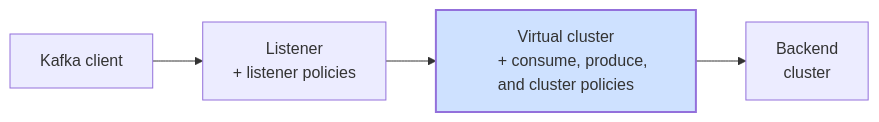
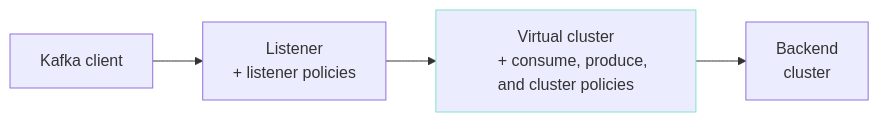
Before and after one commit to Kong/developer.konghq.com: the diagram in app/event-gateway/entities/virtual-clusters.md, drawn with Mermaid.

```diff
--- a/app/event-gateway/entities/virtual-clusters.md
+++ b/app/event-gateway/entities/virtual-clusters.md
@@ -50,11 +50,11 @@
 {% mermaid %}
 flowchart LR
     A[Kafka client] --> B[Listener
     + listener policies]
     B --> C[Virtual cluster
     + consume, produce, and cluster policies]
     C --> D[Backend 
     cluster]
 
-    style C fill:#cee1ff,stroke-width:2px
+    style C stroke:#86e2cc
 {% endmermaid %}
```
